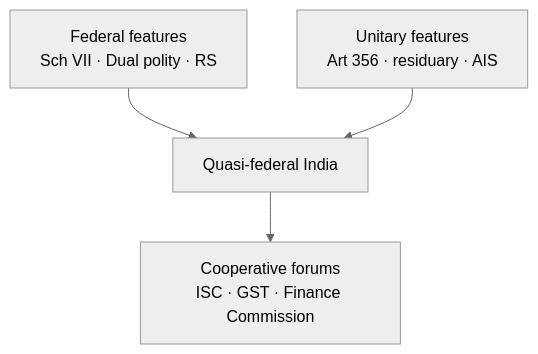
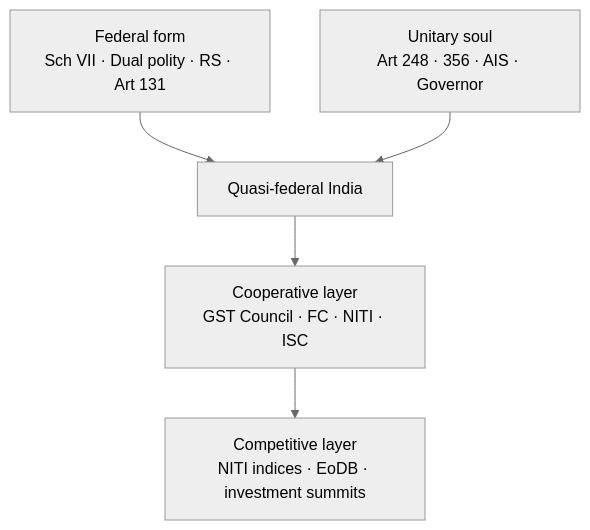
One commit to nitishpratap/UP-PCS changed the first of 2 diagrams in mains-pyqs/GS-2/Polity_Constitution/02_Federalism_Union_State_Local_Devolution.md. Above: the diagram before and after it, drawn with Mermaid (neutral theme). The commit also changed other lines of this file and 97 other files, not shown here.

````diff
--- a/mains-pyqs/GS-2/Polity_Constitution/02_Federalism_Union_State_Local_Devolution.md
+++ b/mains-pyqs/GS-2/Polity_Constitution/02_Federalism_Union_State_Local_Devolution.md
@@ -109,6 +129,7 @@
 ```mermaid
 flowchart TD
-  F[Federal features<br/>Sch VII · Dual polity · RS] --> Q[Quasi-federal India]
-  U[Unitary features<br/>Art 356 · residuary · AIS] --> Q
-  Q --> C[Cooperative forums<br/>ISC · GST · Finance Commission]
+  A[Federal form<br/>Sch VII · Dual polity · RS · Art 131] --> B[Quasi-federal India]
+  C[Unitary soul<br/>Art 248 · 356 · AIS · Governor] --> B
+  B --> D[Cooperative layer<br/>GST Council · FC · NITI · ISC]
+  D --> E[Competitive layer<br/>NITI indices · EoDB · investment summits]
 ```
````
